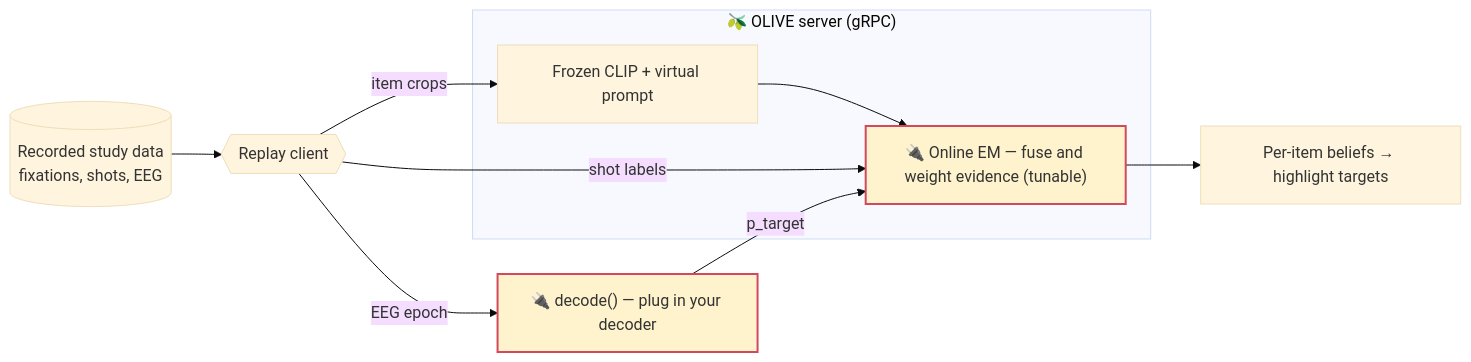
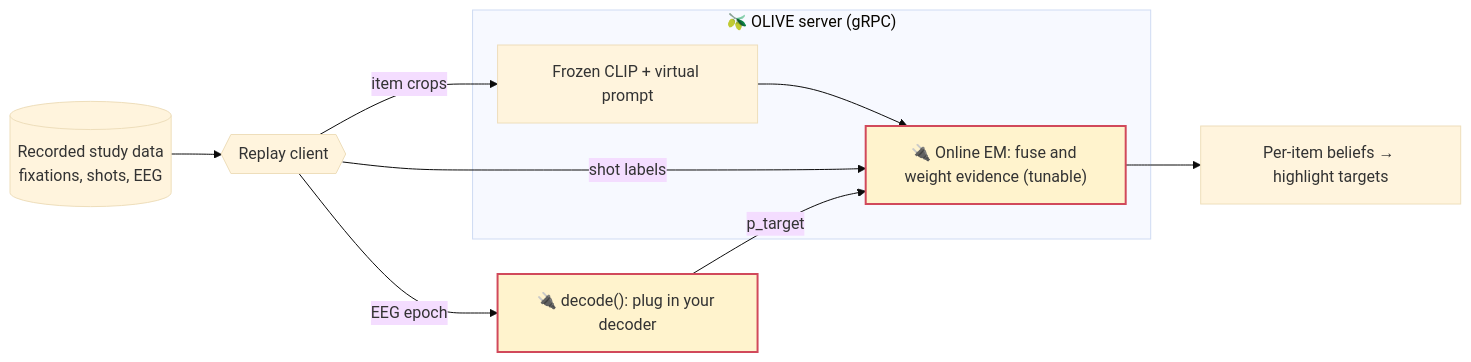
Before and after one commit to ApocalyVec/olive: the diagram in README.md, drawn with Mermaid (base theme). The commit also changed other lines of this file and 19 other files, not shown here.

````diff
--- a/README.md
+++ b/README.md
@@ -35,16 +35,16 @@
 ```mermaid
 flowchart LR
     R[("Recorded study data<br/>fixations, shots, EEG")] --> C{{Replay client}}
     C -->|item crops| VLM
     C -->|shot labels| EM
-    C -->|EEG epoch| DEC["🔌 decode() — plug in your decoder"]
+    C -->|EEG epoch| DEC["🔌 decode(): plug in your decoder"]
     DEC -->|p_target| EM
     subgraph S["🫒 OLIVE server (gRPC)"]
         VLM["Frozen CLIP + virtual prompt"]
-        EM["🔌 Online EM — fuse and weight evidence (tunable)"]
+        EM["🔌 Online EM: fuse and weight evidence (tunable)"]
         VLM --> EM
     end
     EM --> G["Per-item beliefs → highlight targets"]
     classDef plug fill:#fff3cd,stroke:#d1495b,stroke-width:2px;
     class DEC,EM plug;
 ```
````
